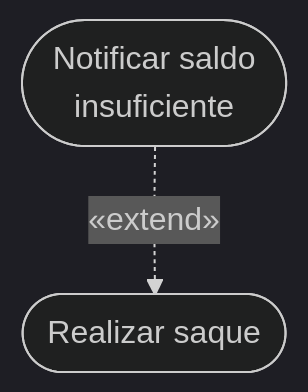
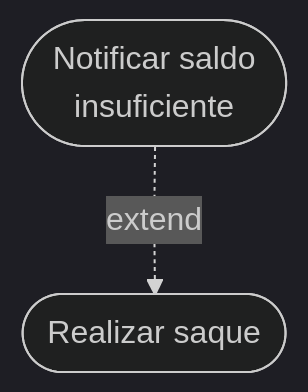
One commit to leorruas/puc changed the ninth of 11 diagrams in 07. Engenharia de Requisitos/08. Modelagem de requisitos com casos de uso e especificações textuais.md. Above: the diagram before and after it, drawn with Mermaid (dark theme). The commit also changed other lines of this file, not shown here.

Commit message:
fix(mermaid): corrige sintaxe de setas e rotulos nos diagramas de casos de uso

````diff
--- a/07. Engenharia de Requisitos/08. Modelagem de requisitos com casos de uso e especificações textuais.md
+++ b/07. Engenharia de Requisitos/08. Modelagem de requisitos com casos de uso e especificações textuais.md
@@ -199,4 +199,4 @@
 ```mermaid
 flowchart TD
-    Saldo(["Notificar saldo<br>insuficiente"]) -.->|"«extend»"| Saque(["Realizar saque"])
+    Saldo(["Notificar saldo<br>insuficiente"]) -.->|extend| Saque(["Realizar saque"])
 ```
````
